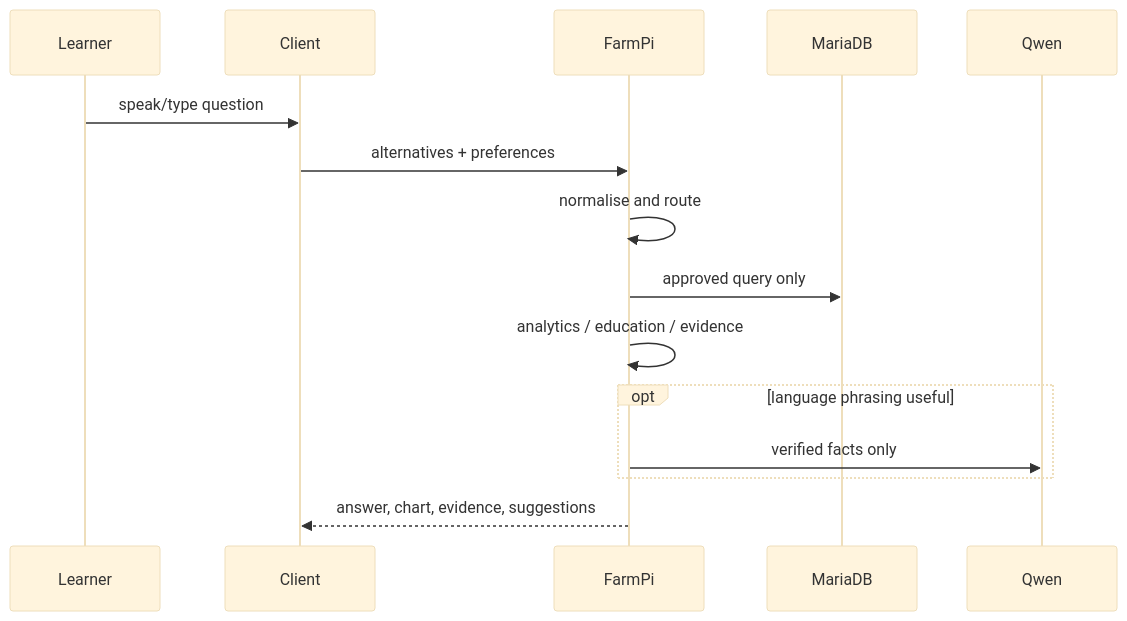
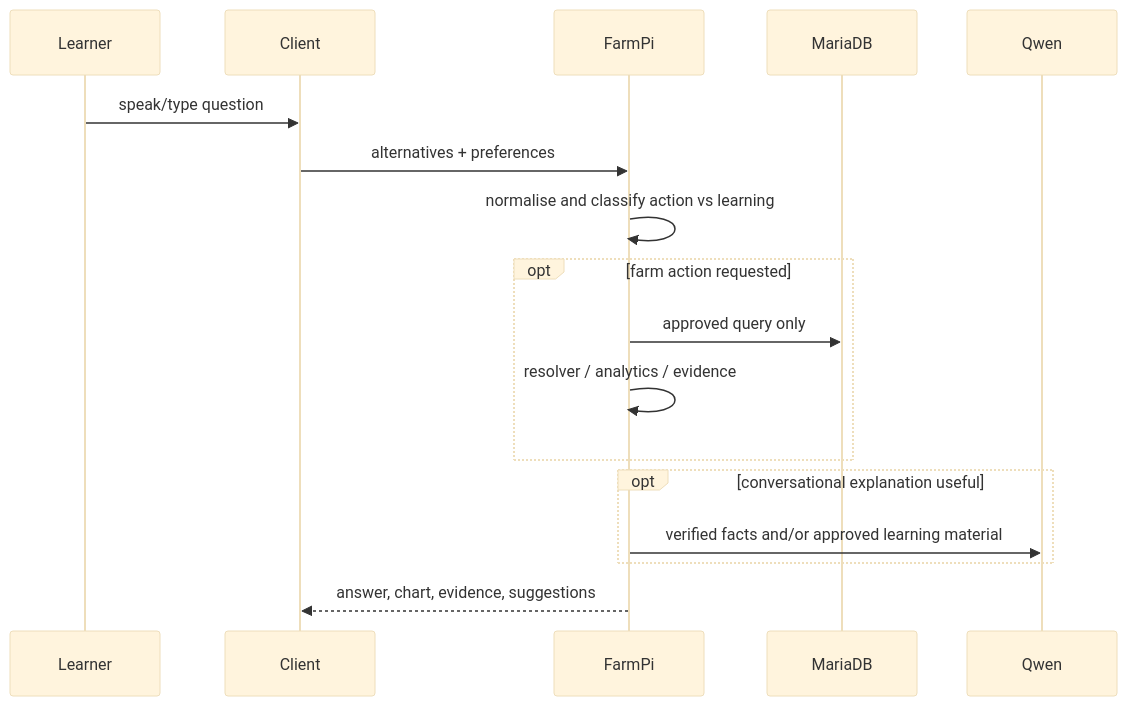
Before and after one commit to w0rmy/farmpi: the diagram in docs/diagrams/ask-answer.mmd, drawn with Mermaid (base theme). The commit also changed 17 other files, not shown here.

Commit message:
Broaden FarmPi conversational learning boundaries

```diff
--- a/docs/diagrams/ask-answer.mmd
+++ b/docs/diagrams/ask-answer.mmd
@@ -1,15 +1,17 @@
 sequenceDiagram
   participant U as Learner
   participant C as Client
   participant F as FarmPi
   participant D as MariaDB
   participant Q as Qwen
   U->>C: speak/type question
   C->>F: alternatives + preferences
-  F->>F: normalise and route
-  F->>D: approved query only
-  F->>F: analytics / education / evidence
-  opt language phrasing useful
-    F->>Q: verified facts only
+  F->>F: normalise and classify action vs learning
+  opt farm action requested
+    F->>D: approved query only
+    F->>F: resolver / analytics / evidence
+  end
+  opt conversational explanation useful
+    F->>Q: verified facts and/or approved learning material
   end
   F-->>C: answer, chart, evidence, suggestions
```
